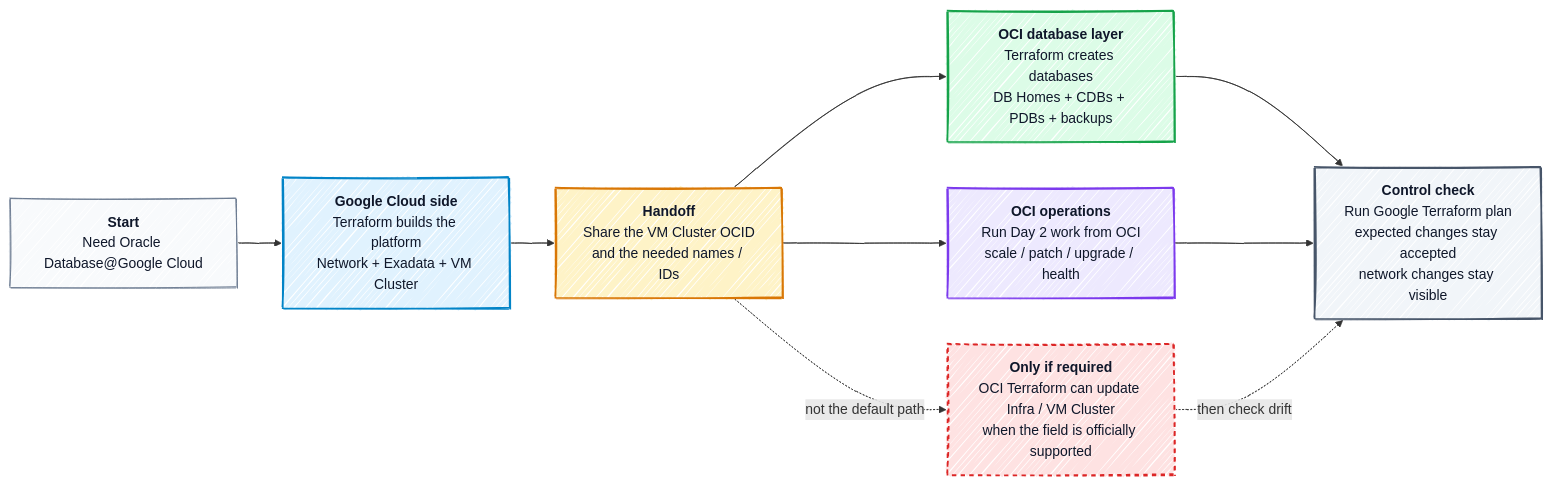
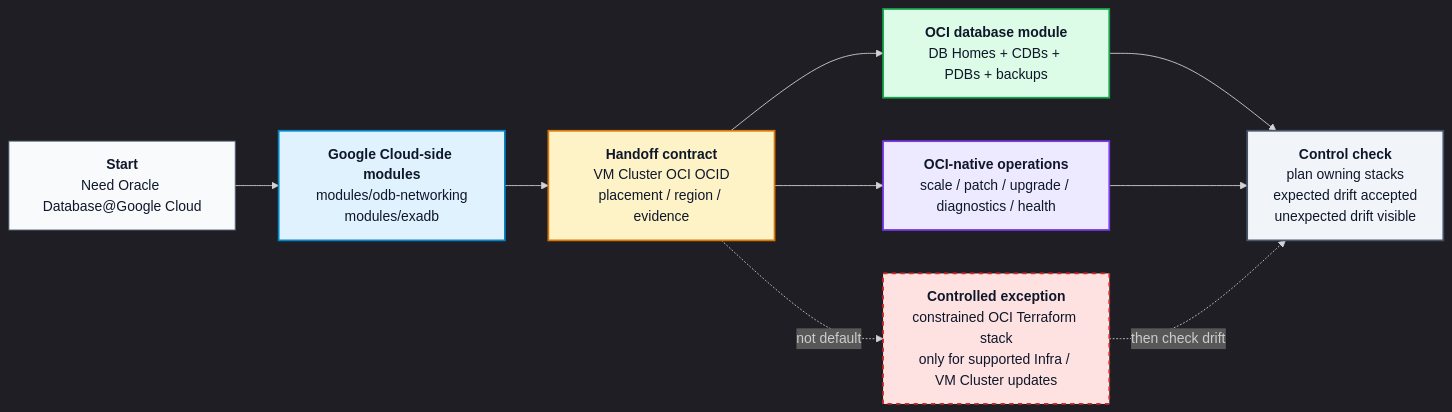
One commit to oracle-devrel/technology-engineering changed the diagram in operations-advisory/customer-operations/oracle-database/Oracle Database @ Google Cloud Operations/Oracle Database @ Google Operations Best Practices/README.md. Above: the diagram before and after it, drawn with Mermaid. The commit also changed other lines of this file and 2 other files, not shown here.

First line of the commit message:
Add GitOps documentation and OD@GCP Module Handoff Reference

````diff
--- a/operations-advisory/customer-operations/oracle-database/Oracle Database @ Google Cloud Operations/Oracle Database @ Google Operations Best Practices/README.md
+++ b/operations-advisory/customer-operations/oracle-database/Oracle Database @ Google Cloud Operations/Oracle Database @ Google Operations Best Practices/README.md
@@ -40,36 +48,35 @@
 ```mermaid
-%%{init: {"look": "handDrawn", "handDrawnSeed": 7, "fontFamily": "Oracle Sans Tab, Oracle Sans, Arial, sans-serif", "themeVariables": {"fontFamily": "Oracle Sans Tab, Oracle Sans, Arial, sans-serif"}}}%%
+%%{init: {"look": "classic", "theme": "dark", "fontFamily": "Oracle Sans Tab, Oracle Sans, Arial, sans-serif", "themeVariables": {"fontFamily": "Oracle Sans Tab, Oracle Sans, Arial, sans-serif"}}}%%
 flowchart LR
   START["<b>Start</b><br/>Need Oracle Database@Google Cloud"]
-  GOOGLE["<b>Google Cloud side</b><br/>Terraform builds the platform<br/>Network + Exadata + VM Cluster"]
-  HANDOFF["<b>Handoff</b><br/>Share the VM Cluster OCID<br/>and the needed names / IDs"]
-  DBLAYER["<b>OCI database layer</b><br/>Terraform creates databases<br/>DB Homes + CDBs + PDBs + backups"]
-  OPERATE["<b>OCI operations</b><br/>Run Day 2 work from OCI<br/>scale / patch / upgrade / health"]
-  CHECK["<b>Control check</b><br/>Run Google Terraform plan<br/>expected changes stay accepted<br/>network changes stay visible"]
-  EXCEPTION["<b>Only if required</b><br/>OCI Terraform can update Infra / VM Cluster<br/>when the field is officially supported"]
+  GCP["<b>Google Cloud-side modules</b><br/>modules/odb-networking<br/>modules/exadb"]
+  HANDOFF["<b>Handoff contract</b><br/>VM Cluster OCI OCID<br/>placement / region / evidence"]
+  DBLAYER["<b>OCI database module</b><br/>DB Homes + CDBs + PDBs + backups"]
+  OPERATE["<b>OCI-native operations</b><br/>scale / patch / upgrade / diagnostics / health"]
+  CHECK["<b>Control check</b><br/>plan owning stacks<br/>expected drift accepted<br/>unexpected drift visible"]
+  EXCEPTION["<b>Controlled exception</b><br/>constrained OCI Terraform stack<br/>only for supported Infra / VM Cluster updates"]
 
-  START --> GOOGLE --> HANDOFF
+  START --> GCP --> HANDOFF
   HANDOFF --> DBLAYER
   HANDOFF --> OPERATE
   DBLAYER --> CHECK
   OPERATE --> CHECK
-
-  HANDOFF -. "not the default path" .-> EXCEPTION
+  HANDOFF -. "not default" .-> EXCEPTION
   EXCEPTION -. "then check drift" .-> CHECK
 
   classDef start fill:#f8fafc,stroke:#64748b,color:#0f172a,stroke-width:1px
   classDef google fill:#e0f2fe,stroke:#0284c7,color:#0f172a,stroke-width:2px
   classDef handoff fill:#fef3c7,stroke:#d97706,color:#0f172a,stroke-width:2px
   classDef ociDb fill:#dcfce7,stroke:#16a34a,color:#0f172a,stroke-width:2px
   classDef ociOps fill:#ede9fe,stroke:#7c3aed,color:#0f172a,stroke-width:2px
   classDef check fill:#f1f5f9,stroke:#475569,color:#0f172a,stroke-width:2px
   classDef exception fill:#fee2e2,stroke:#dc2626,color:#0f172a,stroke-width:2px,stroke-dasharray: 5 5
 
   class START start
-  class GOOGLE google
+  class GCP google
   class HANDOFF handoff
   class DBLAYER ociDb
   class OPERATE ociOps
   class CHECK check
   class EXCEPTION exception
 ```
````
